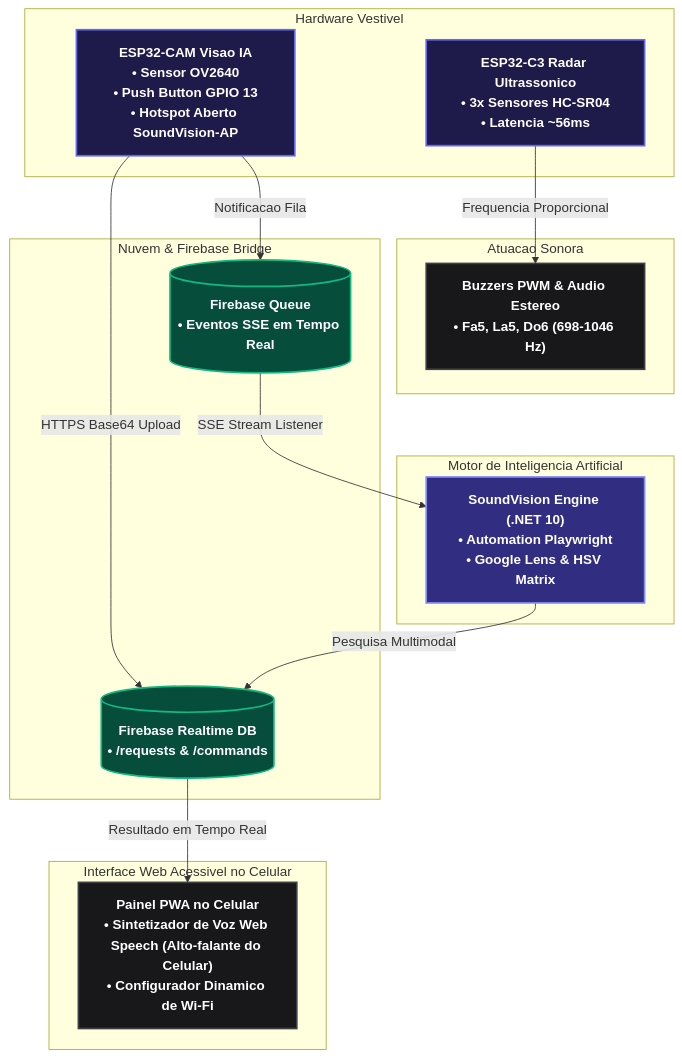
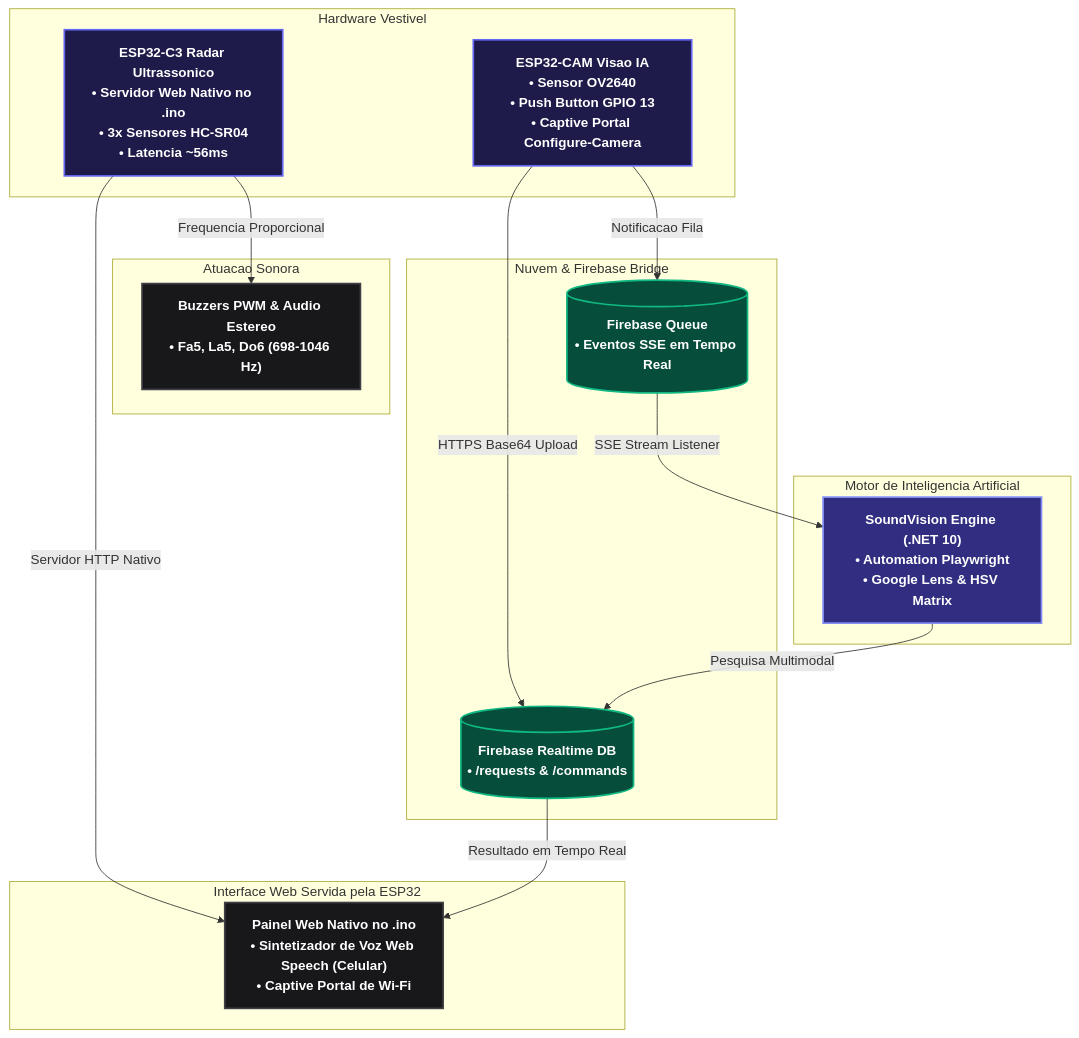
The diagram in README.md (theHerick/soundvision), drawn with Mermaid before and after one commit. The commit also changed other lines of this file and 1 other file, not shown here.

Commit message:
Remove external web directory and reflect native ESP32 WebServer in firmware .ino

````diff
--- a/README.md
+++ b/README.md
@@ -22,36 +22,37 @@
 ```mermaid
 graph TD
     classDef hardware fill:#1e1b4b,stroke:#6366f1,stroke-width:2px,color:#fff,font-weight:bold;
     classDef cloud fill:#064e3b,stroke:#10b981,stroke-width:2px,color:#fff,font-weight:bold;
     classDef engine fill:#312e81,stroke:#818cf8,stroke-width:2px,color:#fff,font-weight:bold;
     classDef output fill:#18181b,stroke:#3f3f46,stroke-width:2px,color:#fff,font-weight:bold;
 
     subgraph Assistive_Hardware ["Hardware Vestivel"]
-        C3["ESP32-C3 Radar Ultrassonico<br/>• 3x Sensores HC-SR04<br/>• Latencia ~56ms"]:::hardware
-        CAM["ESP32-CAM Visao IA<br/>• Sensor OV2640<br/>• Push Button GPIO 13<br/>• Hotspot Aberto SoundVision-AP"]:::hardware
+        C3["ESP32-C3 Radar Ultrassonico<br/>• Servidor Web Nativo no .ino<br/>• 3x Sensores HC-SR04<br/>• Latencia ~56ms"]:::hardware
+        CAM["ESP32-CAM Visao IA<br/>• Sensor OV2640<br/>• Push Button GPIO 13<br/>• Captive Portal Configure-Camera"]:::hardware
     end
 
     subgraph Audio_Feedback ["Atuacao Sonora"]
         BUZZER["Buzzers PWM & Audio Estereo<br/>• Fa5, La5, Do6 (698-1046 Hz)"]:::output
     end
 
     subgraph Cloud_Bridge ["Nuvem & Firebase Bridge"]
         FB_REQ[("Firebase Realtime DB<br/>• /requests & /commands")]:::cloud
         FB_QUEUE[("Firebase Queue<br/>• Eventos SSE em Tempo Real")]:::cloud
     end
 
     subgraph AI_Engine ["Motor de Inteligencia Artificial"]
         PLAYWRIGHT["SoundVision Engine (.NET 10)<br/>• Automation Playwright<br/>• Google Lens & HSV Matrix"]:::engine
     end
 
-    subgraph Web_Interface ["Interface Web Acessivel no Celular"]
-        WEB["Painel PWA no Celular<br/>• Sintetizador de Voz Web Speech (Alto-falante do Celular)<br/>• Configurador Dinamico de Wi-Fi"]:::output
+    subgraph Web_Interface ["Interface Web Servida pela ESP32"]
+        WEB["Painel Web Nativo no .ino<br/>• Sintetizador de Voz Web Speech (Celular)<br/>• Captive Portal de Wi-Fi"]:::output
     end
 
     C3 -- "Frequencia Proporcional" --> BUZZER
+    C3 -- "Servidor HTTP Nativo" --> WEB
     CAM -- "HTTPS Base64 Upload" --> FB_REQ
     CAM -- "Notificacao Fila" --> FB_QUEUE
     FB_QUEUE -- "SSE Stream Listener" --> PLAYWRIGHT
     PLAYWRIGHT -- "Pesquisa Multimodal" --> FB_REQ
     FB_REQ -- "Resultado em Tempo Real" --> WEB
 ```
````
